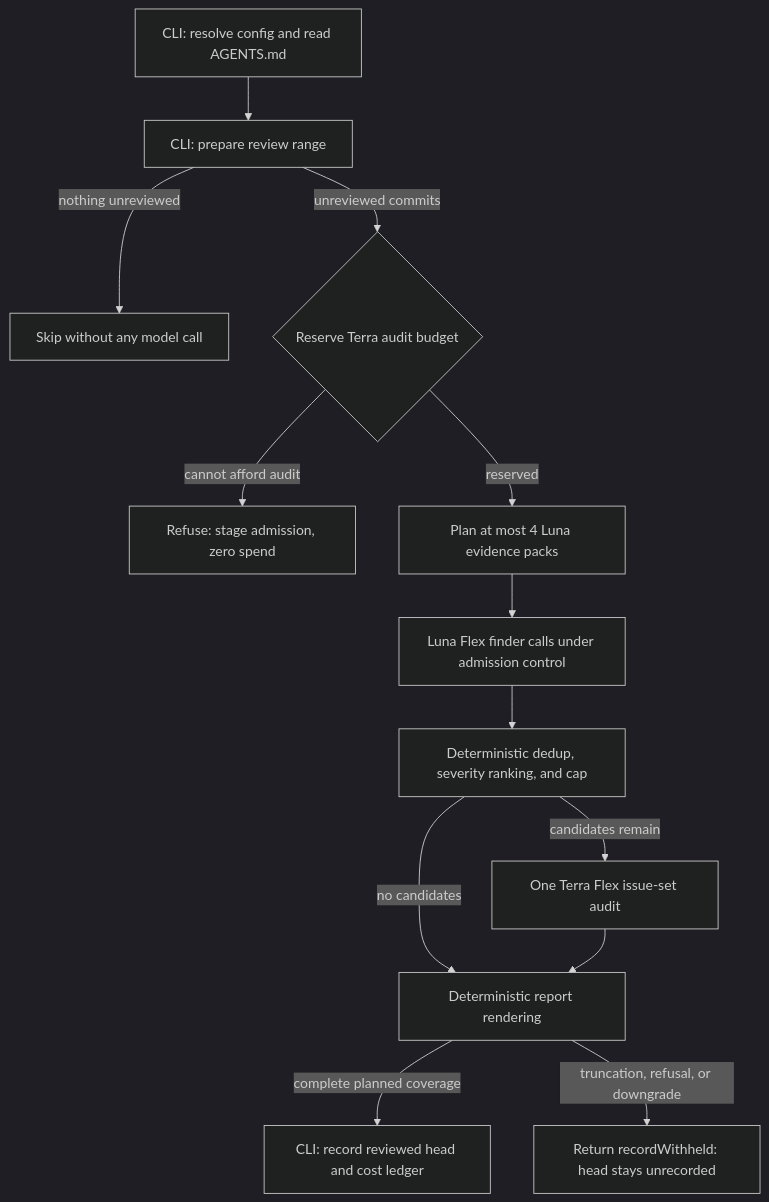
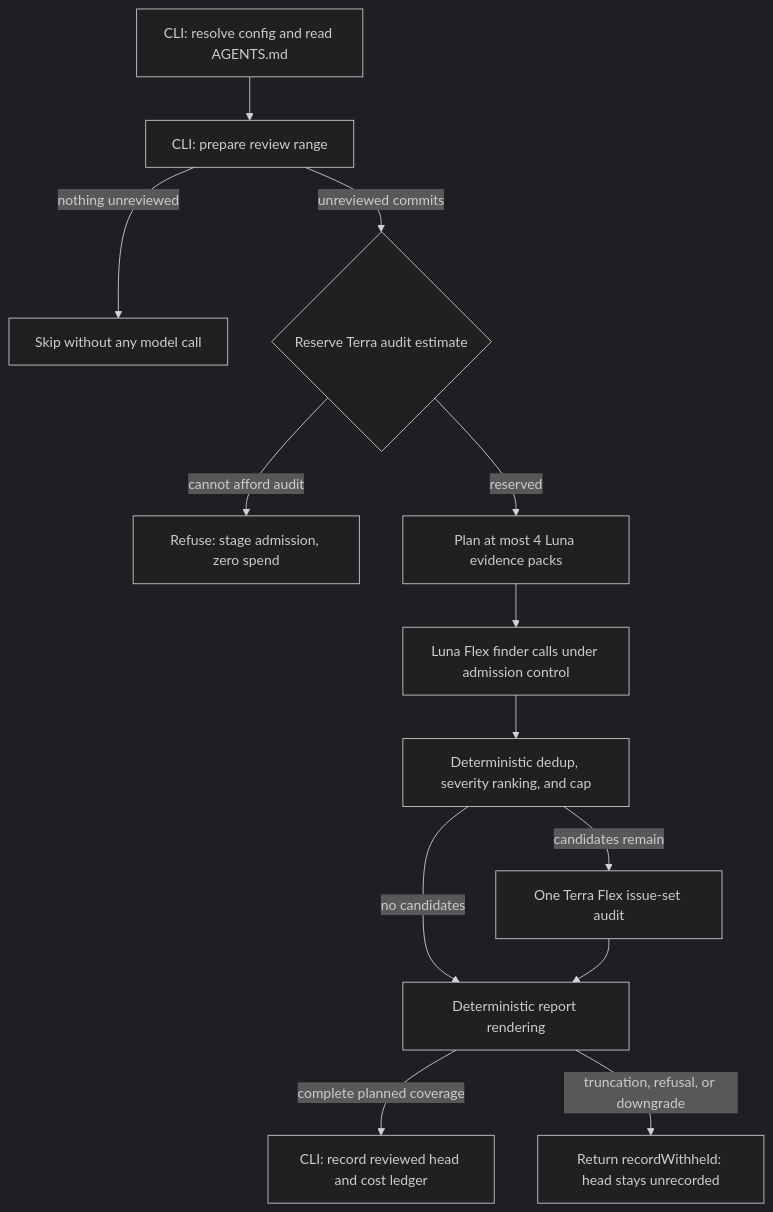
The diagram in README.md (leynos/dakar), drawn with Mermaid (dark theme) before and after one commit. The commit also changed other lines of this file and 17 other files, not shown here.

````diff
--- a/README.md
+++ b/README.md
@@ -68,15 +73,15 @@
 ```mermaid
 flowchart TD
   A[CLI: resolve config and read AGENTS.md] --> B[CLI: prepare review range]
   B -->|nothing unreviewed| S[Skip without any model call]
-  B -->|unreviewed commits| C{Reserve Terra audit budget}
+  B -->|unreviewed commits| C{Reserve Terra audit estimate}
   C -->|cannot afford audit| R[Refuse: stage admission, zero spend]
   C -->|reserved| D[Plan at most 4 Luna evidence packs]
   D --> E[Luna Flex finder calls under admission control]
   E --> F[Deterministic dedup, severity ranking, and cap]
   F -->|candidates remain| G[One Terra Flex issue-set audit]
   F -->|no candidates| H[Deterministic report rendering]
   G --> H
   H -->|complete planned coverage| I[CLI: record reviewed head and cost ledger]
   H -->|truncation, refusal, or downgrade| W[Return recordWithheld: head stays unrecorded]
 ```
````
